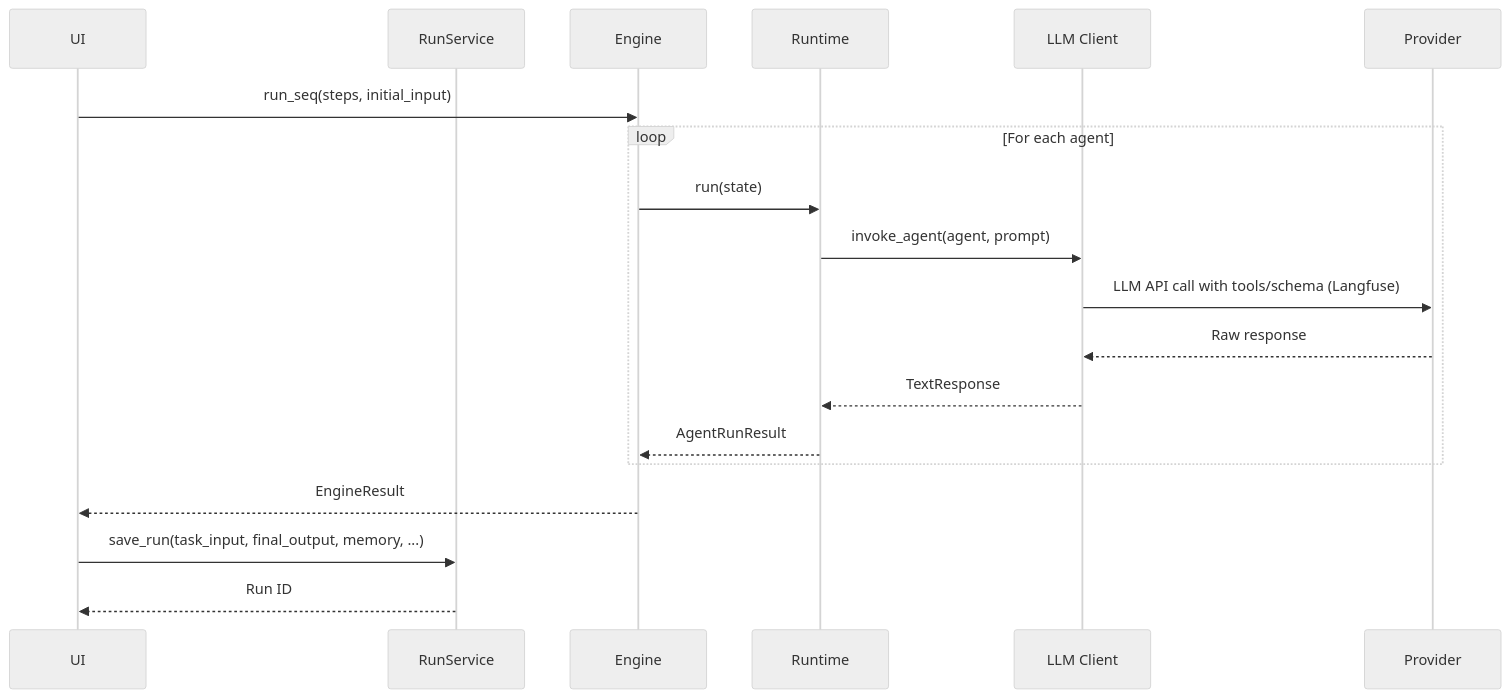
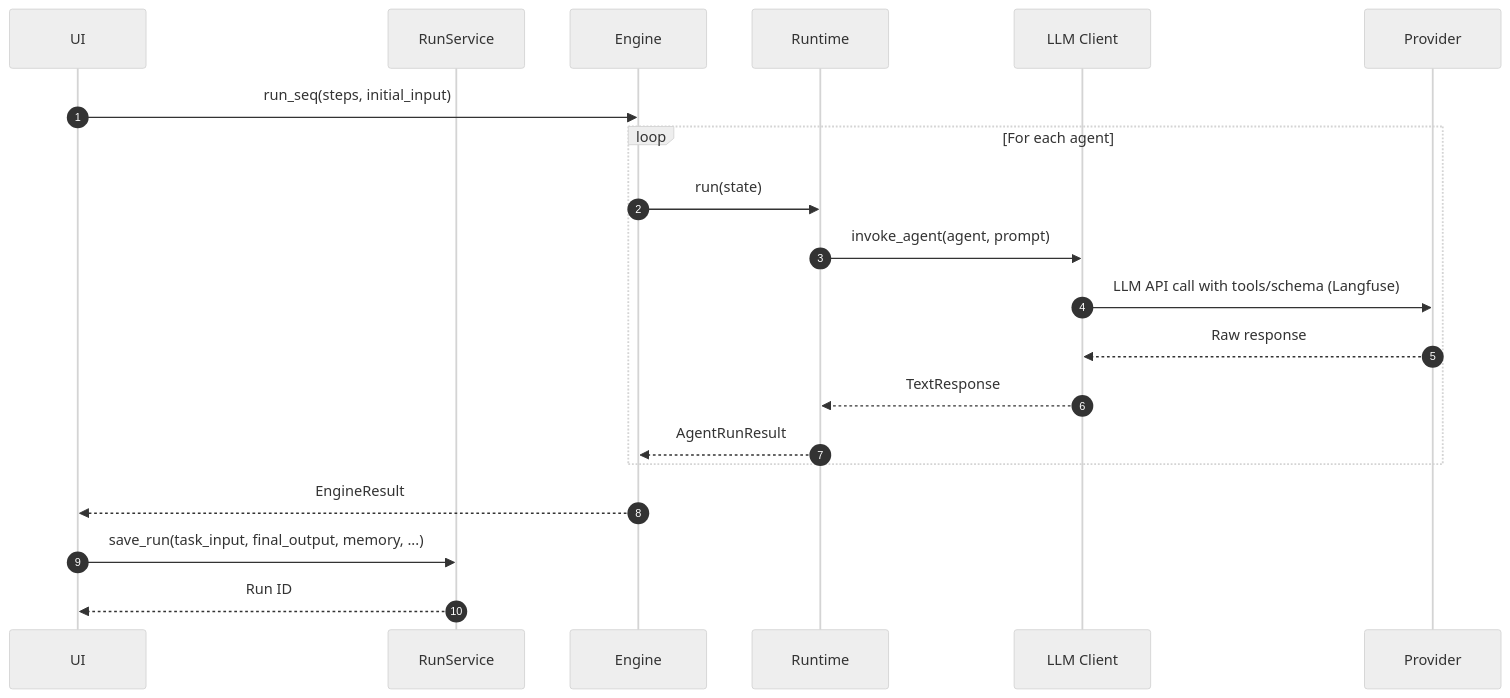
Before and after one commit to paul-wosch/Multi-Agent-Dashboard: the third of 9 diagrams in docs/ARCHITECTURE.md, drawn with Mermaid (neutral theme). The commit also changed other lines of this file, not shown here.

First line of the commit message:
docs(architecture): improve diagram clarity

````diff
--- a/docs/ARCHITECTURE.md
+++ b/docs/ARCHITECTURE.md
@@ -386,22 +410,23 @@
 ```mermaid
 sequenceDiagram
+    autonumber
     participant U as UI
     participant S as RunService
     participant E as Engine
     participant R as Runtime
     participant L as LLM Client
     participant P as Provider
     
     U->>E: run_seq(steps, initial_input)
     loop For each agent
         E->>R: run(state)
         R->>L: invoke_agent(agent, prompt)
         L->>P: LLM API call with tools/schema (Langfuse)
         P-->>L: Raw response
         L-->>R: TextResponse
         R-->>E: AgentRunResult
     end
     E-->>U: EngineResult
     U->>S: save_run(task_input, final_output, memory, ...)
     S-->>U: Run ID
 ```
````
